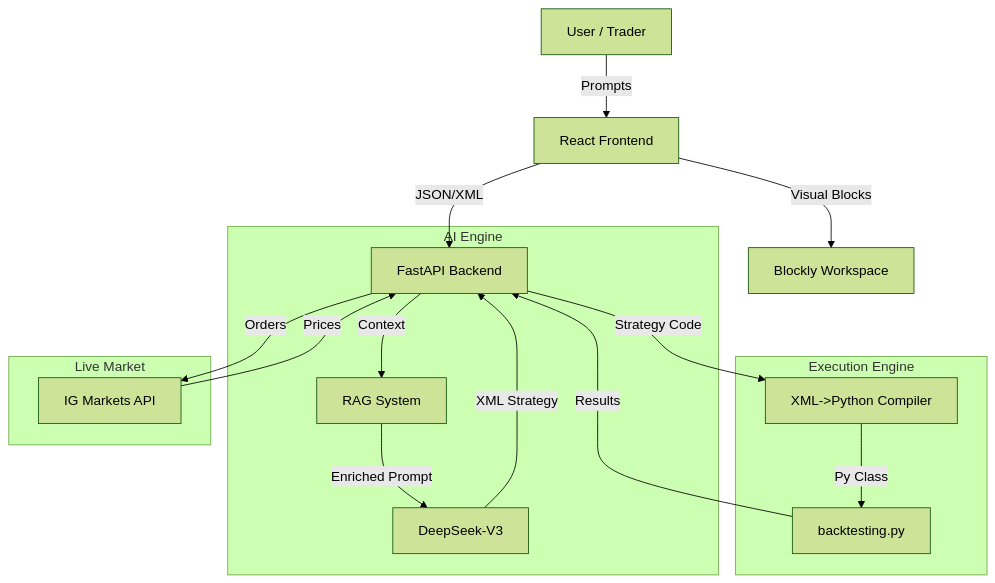
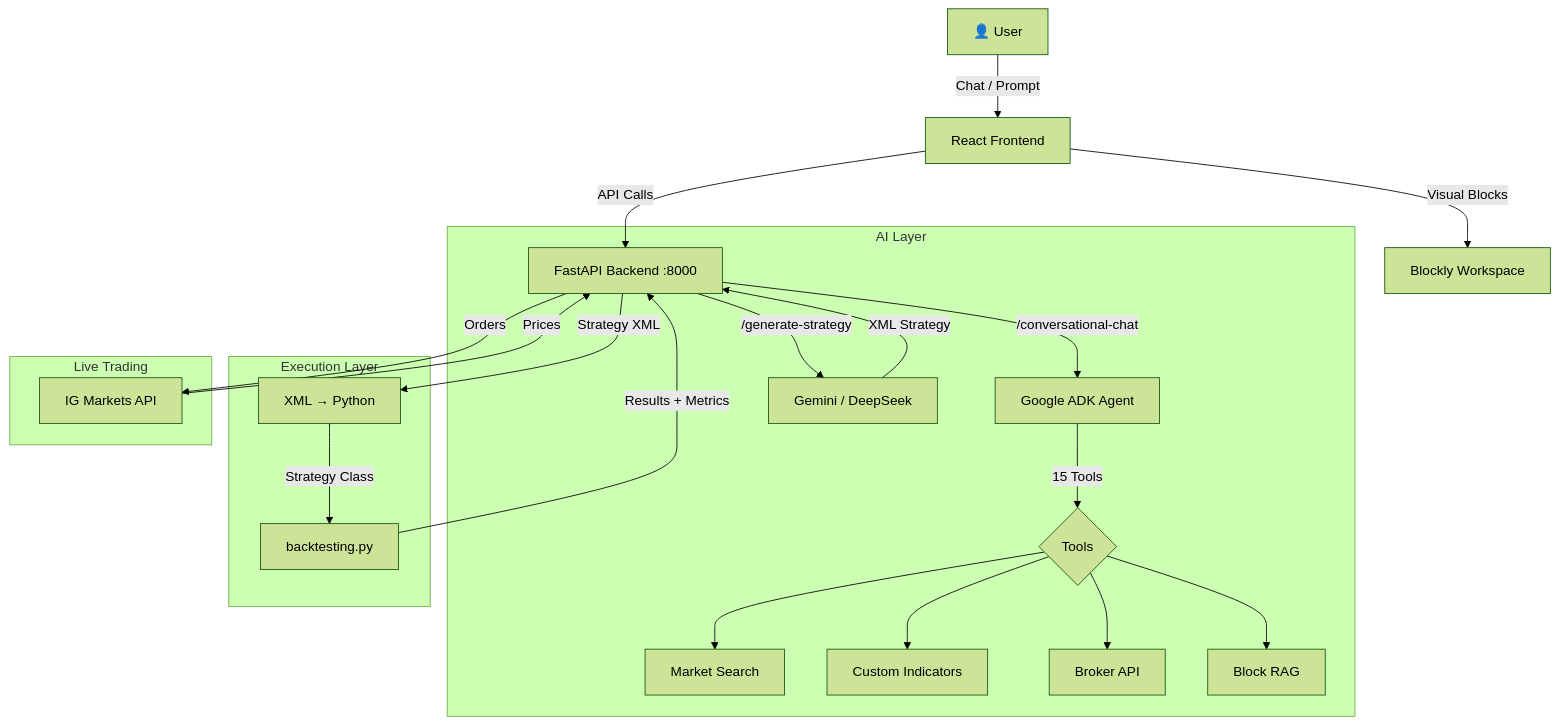
The first of 3 diagrams in README.md (sinatooor/openqnt), drawn with Mermaid (forest theme) before and after one commit. The commit also changed other lines of this file and 3 other files, not shown here.

````diff
--- a/README.md
+++ b/README.md
@@ -91,24 +88,30 @@
 ```mermaid
 graph TD
-    User[User / Trader] -->|Prompts| UI[React Frontend]
+    User[👤 User] -->|Chat / Prompt| UI[React Frontend]
     UI -->|Visual Blocks| Blockly[Blockly Workspace]
     
-    UI -->|JSON/XML| API[FastAPI Backend]
+    UI -->|API Calls| API[FastAPI Backend :8000]
     
-    subgraph "AI Engine"
-        API -->|Context| RAG[RAG System]
-        RAG -->|Enriched Prompt| LLM[DeepSeek-V3]
+    subgraph "AI Layer"
+        API -->|"/conversational-chat"| ADK[Google ADK Agent]
+        ADK -->|15 Tools| Tools{Tools}
+        Tools --> Search[Market Search]
+        Tools --> Indicators[Custom Indicators]
+        Tools --> Broker[Broker API]
+        Tools --> RAG[Block RAG]
+        
+        API -->|"/generate-strategy"| LLM[Gemini / DeepSeek]
         LLM -->|XML Strategy| API
     end
     
-    subgraph "Execution Engine"
-        API -->|Strategy Code| Converter[XML->Python Compiler]
-        Converter -->|Py Class| Backtest[backtesting.py]
-        Backtest -->|Results| API
+    subgraph "Execution Layer"
+        API -->|Strategy XML| Compiler[XML → Python]
+        Compiler -->|Strategy Class| Backtest[backtesting.py]
+        Backtest -->|Results + Metrics| API
     end
     
-    subgraph "Live Market"
+    subgraph "Live Trading"
         API -->|Orders| IG[IG Markets API]
         IG -->|Prices| API
     end
 ```
````
